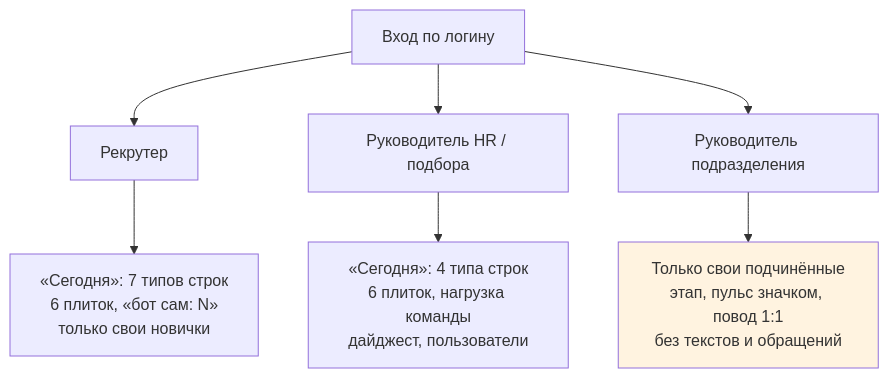
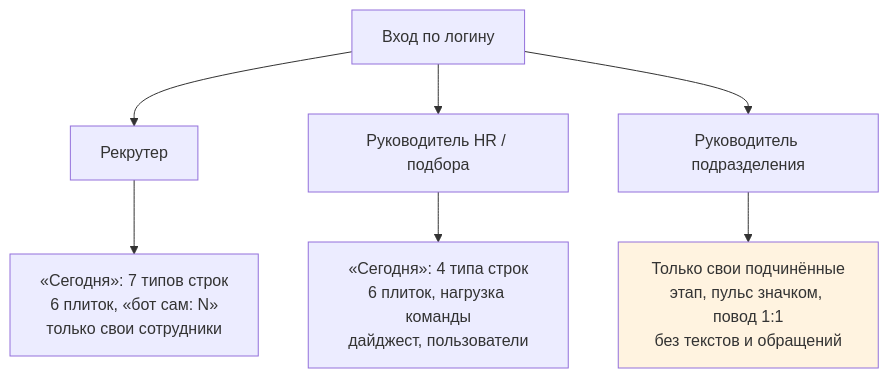
Before and after one commit to kunak-agency/polyplastic-bot: the second of 2 diagrams in agency/system/Human/06-hr-cabinet-guide.md, drawn with Mermaid. The commit also changed other lines of this file and 99 other files, not shown here.

````diff
--- a/agency/system/Human/06-hr-cabinet-guide.md
+++ b/agency/system/Human/06-hr-cabinet-guide.md
@@ -44,10 +44,10 @@
 ```mermaid
 flowchart TD
     L["Вход по логину"] --> RC["Рекрутер"]
     L --> HL["Руководитель HR / подбора"]
     L --> MG["Руководитель подразделения"]
-    RC --> RC1["«Сегодня»: 7 типов строк<br/>6 плиток, «бот сам: N»<br/>только свои новички"]
+    RC --> RC1["«Сегодня»: 7 типов строк<br/>6 плиток, «бот сам: N»<br/>только свои сотрудники"]
     HL --> HL1["«Сегодня»: 4 типа строк<br/>6 плиток, нагрузка команды<br/>дайджест, пользователи"]
     MG --> MG1["Только свои подчинённые<br/>этап, пульс значком, повод 1:1<br/>без текстов и обращений"]
     style MG1 fill:#fff3e0
 ```
````
